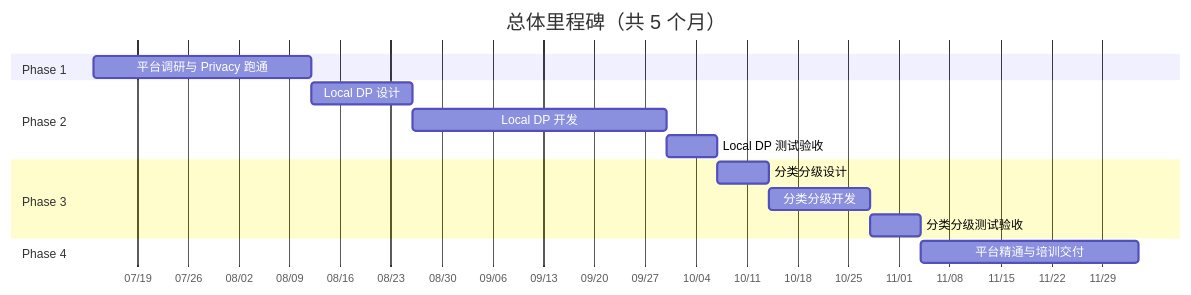
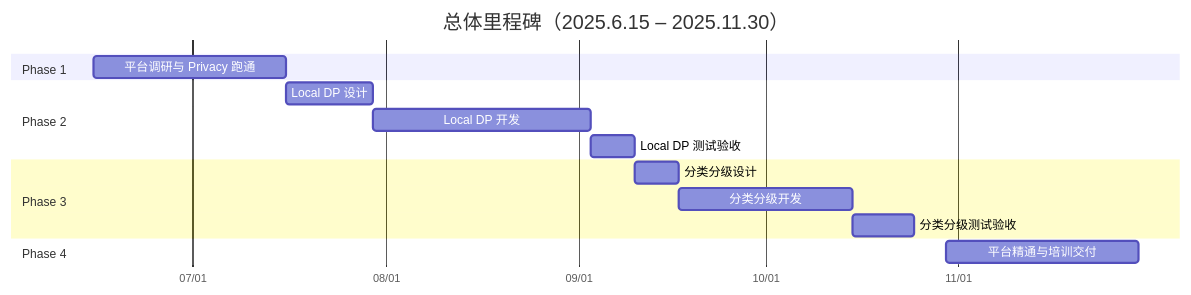
One commit to fengzhizi319/sfwork changed the tenth of 11 diagrams in docs/二次开发项目计划.md. Above: the diagram before and after it, drawn with Mermaid. The commit also changed other lines of this file, not shown here.

````diff
--- a/docs/二次开发项目计划.md
+++ b/docs/二次开发项目计划.md
@@ -517,22 +517,22 @@
 ```mermaid
 gantt
-    title 总体里程碑（共 5 个月）
+    title 总体里程碑（2025.6.15 – 2025.11.30）
     dateFormat  YYYY-MM-DD
     axisFormat  %m/%d
 
     section Phase 1
-    平台调研与 Privacy 跑通        :m1, 2026-07-13, 30d
+    平台调研与 Privacy 跑通        :m1, 2025-06-15, 31d
 
     section Phase 2
     Local DP 设计                  :m2d, after m1, 14d
     Local DP 开发                  :m2dev, after m2d, 35d
     Local DP 测试验收              :m2t, after m2dev, 7d
 
     section Phase 3
     分类分级设计                    :m3d, after m2t, 7d
-    分类分级开发                    :m3dev, after m3d, 14d
-    分类分级测试验收                :m3t, after m3dev, 7d
+    分类分级开发                    :m3dev, after m3d, 28d
+    分类分级测试验收                :m3t, after m3dev, 10d
 
     section Phase 4
-    平台精通与培训交付              :m4, after m3t, 30d
+    平台精通与培训交付              :m4, 2025-10-30, 31d
 ```
````
